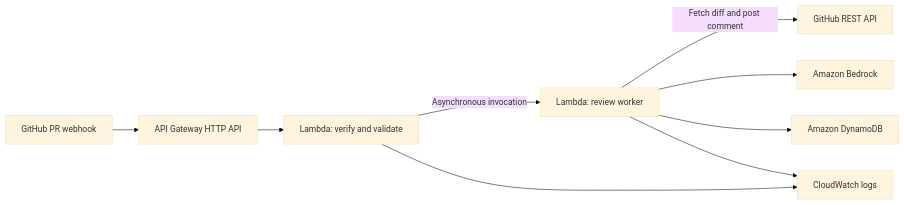
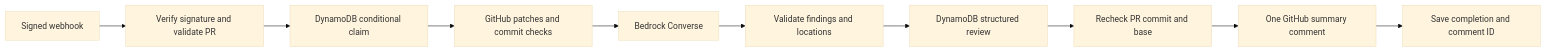
Before and after one commit to tarun-1211/ai-git-code-review-auditor: the diagram in README.md, drawn with Mermaid (base theme). The commit also changed other lines of this file and 16 other files, not shown here.

````diff
--- a/README.md
+++ b/README.md
@@ -26,11 +42,12 @@
 ```mermaid
 flowchart LR
-    GH[GitHub PR webhook] --> API[API Gateway HTTP API]
-    API --> Intake[Lambda: verify and validate]
-    Intake -->|Asynchronous invocation| Worker[Lambda: review worker]
-    Worker -->|Fetch diff and post comment| REST[GitHub REST API]
-    Worker --> Bedrock[Amazon Bedrock]
-    Worker --> DB[Amazon DynamoDB]
-    Intake --> Logs[CloudWatch logs]
-    Worker --> Logs
+    Event[Signed webhook] --> Validate[Verify signature and validate PR]
+    Validate --> Claim[DynamoDB conditional claim]
+    Claim --> Diff[GitHub patches and commit checks]
+    Diff --> AI[Bedrock Converse]
+    AI --> Parse[Validate findings and locations]
+    Parse --> Save[DynamoDB structured review]
+    Save --> Check[Recheck PR commit and base]
+    Check --> Comment[One GitHub summary comment]
+    Comment --> Done[Save completion and comment ID]
 ```
````
